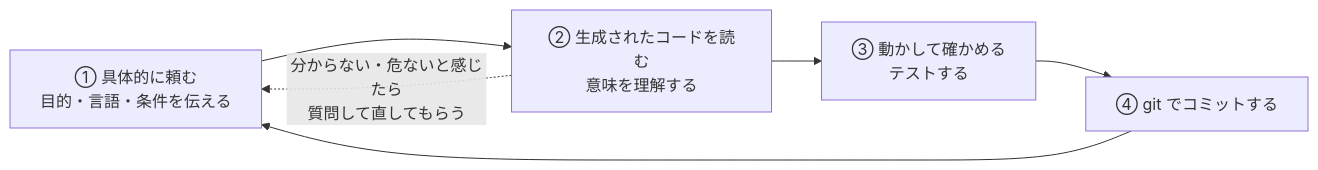
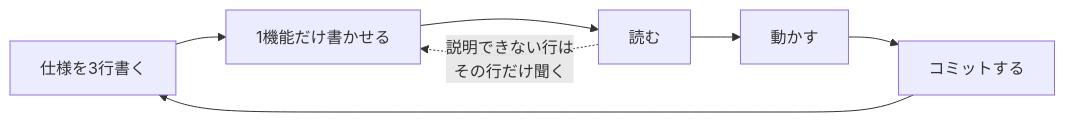
Before and after one commit to yusukem99/thesis: diagram 11 of 23 in courses/開発環境.md, drawn with Mermaid. The commit also changed other lines of this file, not shown here.

````diff
--- a/courses/開発環境.md
+++ b/courses/開発環境.md
@@ -342,8 +381,9 @@
 ```mermaid
 flowchart LR
-    A["① 具体的に頼む<br/>目的・言語・条件を伝える"] --> B["② 生成されたコードを読む<br/>意味を理解する"]
-    B --> C["③ 動かして確かめる<br/>テストする"]
-    C --> D["④ git でコミットする"]
-    D --> A
-    B -. "分からない・危ないと感じたら<br/>質問して直してもらう" .-> A
+    A["仕様を3行書く"] --> B["1機能だけ書かせる"]
+    B --> C["読む"]
+    C --> D["動かす"]
+    D --> E["コミットする"]
+    E --> A
+    C -. "説明できない行は<br/>その行だけ聞く" .-> B
 ```
````
